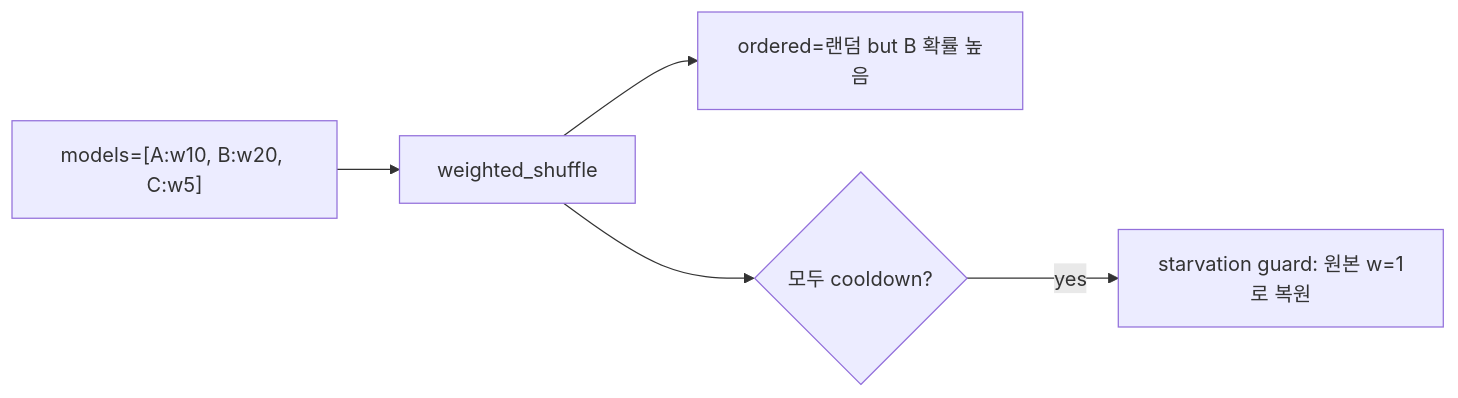
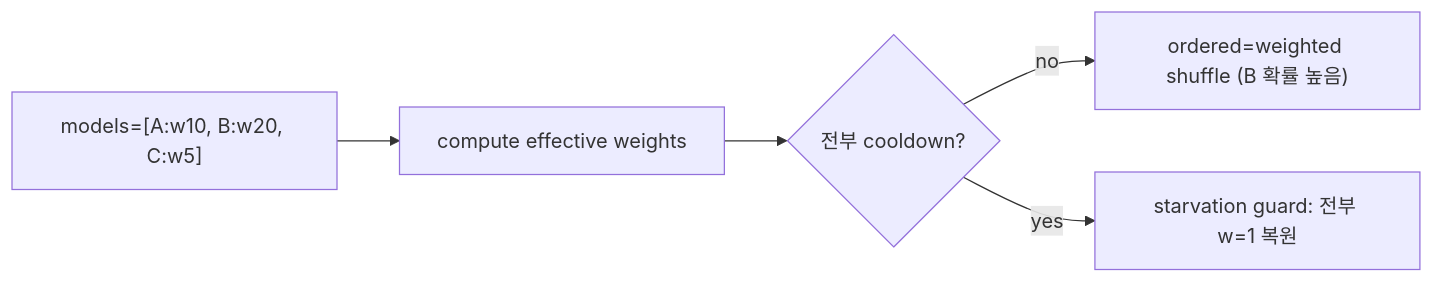
One commit to jeong-sik/masc changed the fourth of 8 diagrams in docs/cascade/STRATEGY-GUIDE.md. Above: the diagram before and after it, drawn with Mermaid. The commit also changed other lines of this file, not shown here.

First line of the commit message:
docs(cascade): simplify review fixes (mermaid, pitfall actions, drift note)

````diff
--- a/docs/cascade/STRATEGY-GUIDE.md
+++ b/docs/cascade/STRATEGY-GUIDE.md
@@ -85,7 +85,7 @@
 ```mermaid
 flowchart LR
-  I["models=[A:w10, B:w20, C:w5]"] --> W[weighted_shuffle]
-  W --> O["ordered=랜덤 but B 확률 높음"]
-  W --> G{모두 cooldown?}
-  G -->|yes| G2[starvation guard: 원본 w=1로 복원]
+  I["models=[A:w10, B:w20, C:w5]"] --> W[compute effective weights]
+  W --> G{전부 cooldown?}
+  G -->|no| O["ordered=weighted shuffle (B 확률 높음)"]
+  G -->|yes| G2[starvation guard: 전부 w=1 복원]
 ```
````
